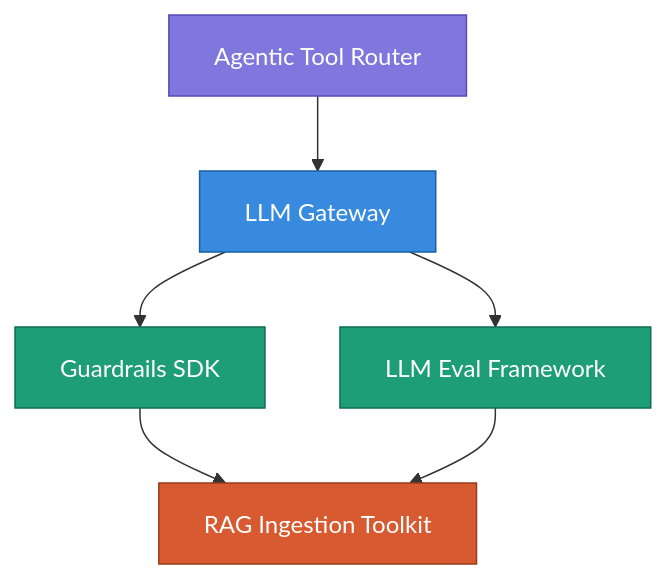
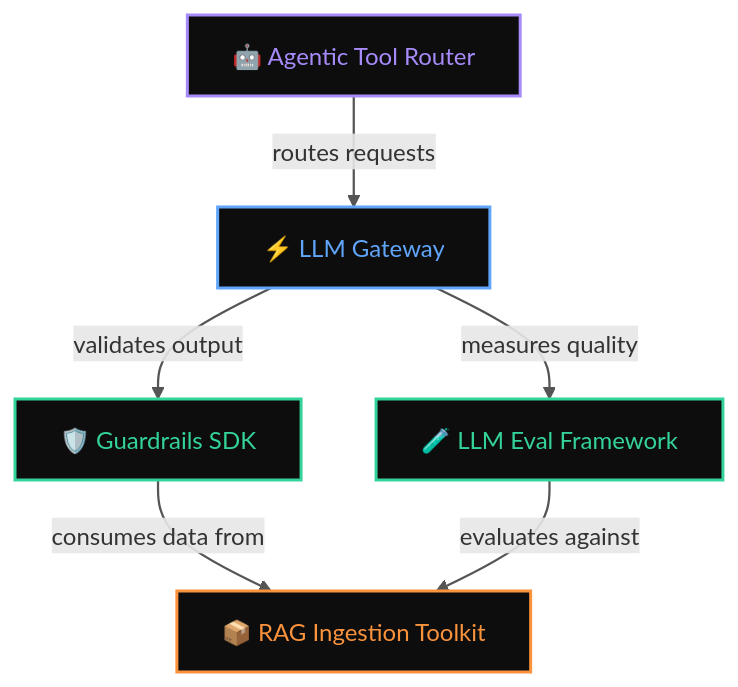
Before and after one commit to vola-trebla/llm-infrastructure: the diagram in README.md, drawn with Mermaid. The commit also changed other lines of this file, not shown here.

Commit message:
Redesign Mermaid diagram with dark theme and neon accents

````diff
--- a/README.md
+++ b/README.md
@@ -9,20 +9,21 @@
 ```mermaid
-graph TD
-    A[Agentic Tool Router]
-    B[LLM Gateway]
-    C[Guardrails SDK]
-    D[LLM Eval Framework]
-    E[RAG Ingestion Toolkit]
+flowchart TB
+    A["🤖 Agentic Tool Router"]:::app
+    B["⚡ LLM Gateway"]:::infra
+    C["🛡️ Guardrails SDK"]:::quality
+    D["🧪 LLM Eval Framework"]:::quality
+    E["📦 RAG Ingestion Toolkit"]:::data
 
-    A --> B
-    B --> C
-    B --> D
-    C --> E
-    D --> E
+    A -- "routes requests" --> B
+    B -- "validates output" --> C
+    B -- "measures quality" --> D
+    C -- "consumes data from" --> E
+    D -- "evaluates against" --> E
 
-    style A fill:#7F77DD,stroke:#534AB7,color:#fff
-    style B fill:#378ADD,stroke:#185FA5,color:#fff
-    style C fill:#1D9E75,stroke:#0F6E56,color:#fff
-    style D fill:#1D9E75,stroke:#0F6E56,color:#fff
-    style E fill:#D85A30,stroke:#993C1D,color:#fff
+    classDef app fill:#0D0D0D,stroke:#A78BFA,color:#A78BFA,stroke-width:2px
+    classDef infra fill:#0D0D0D,stroke:#60A5FA,color:#60A5FA,stroke-width:2px
+    classDef quality fill:#0D0D0D,stroke:#34D399,color:#34D399,stroke-width:2px
+    classDef data fill:#0D0D0D,stroke:#FB923C,color:#FB923C,stroke-width:2px
+
+    linkStyle default stroke:#555,stroke-width:1.5px
 ```
````
